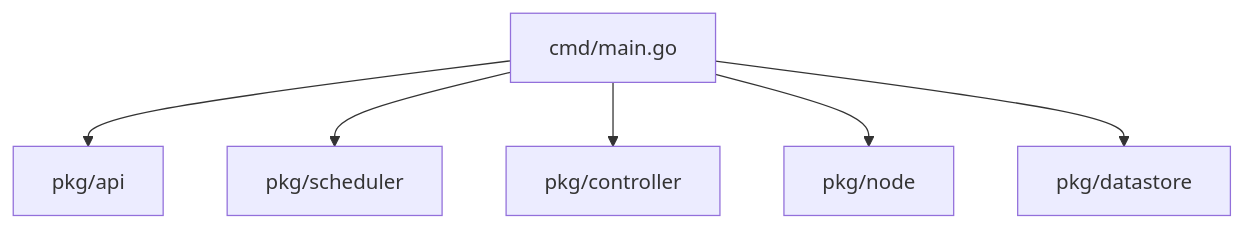
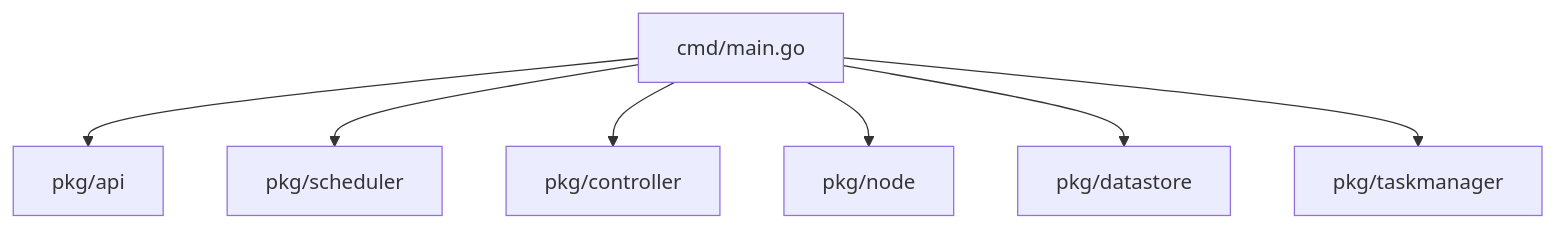
One commit to fntkg/container-orchestrator changed the third of 3 diagrams in README.md. Above: the diagram before and after it, drawn with Mermaid. The commit also changed other lines of this file, not shown here.

````diff
--- a/README.md
+++ b/README.md
@@ -105,8 +105,9 @@
 ```mermaid
 graph TD
     A[cmd/main.go] --> B[pkg/api]
     A --> C[pkg/scheduler]
     A --> D[pkg/controller]
     A --> E[pkg/node]
     A --> F[pkg/datastore]
+    A --> G[pkg/taskmanager]
 ```
````
